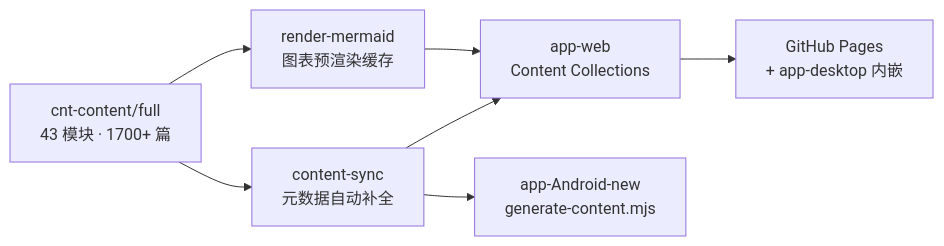
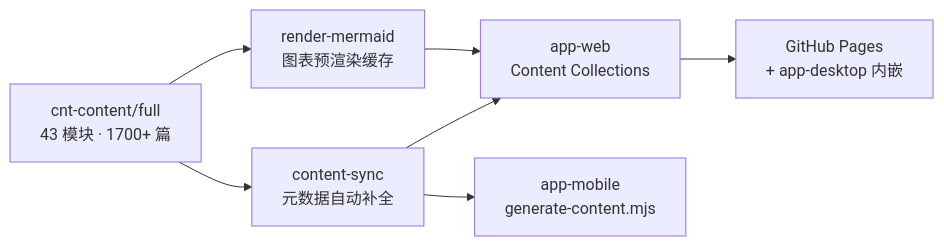
Before and after one commit to fanquanpp/FANDEX: the diagram in README.md, drawn with Mermaid. The commit also changed other lines of this file and 2403 other files, not shown here.

````diff
--- a/README.md
+++ b/README.md
@@ -65,8 +64,8 @@
 ```mermaid
 flowchart LR
     A["cnt-content/full<br/>43 模块 · 1700+ 篇"] --> B["content-sync<br/>元数据自动补全"]
     B --> C["app-web<br/>Content Collections"]
-    B --> D["app-Android-new<br/>generate-content.mjs"]
+    B --> D["app-mobile<br/>generate-content.mjs"]
     C --> E["GitHub Pages<br/>+ app-desktop 内嵌"]
     A --> F["render-mermaid<br/>图表预渲染缓存"] --> C
 ```
````
